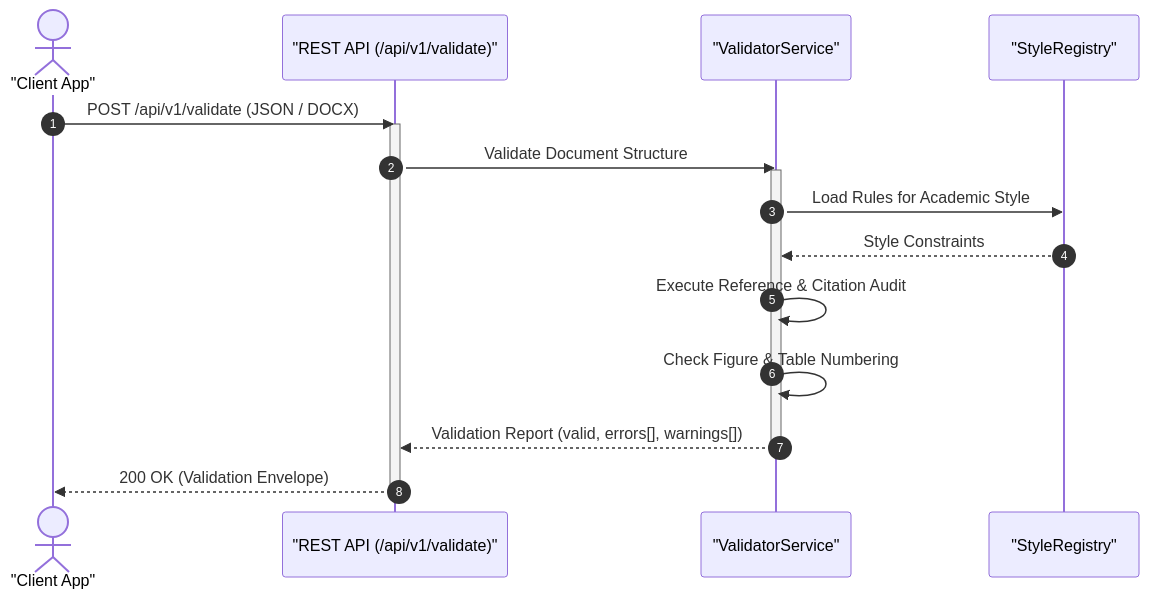
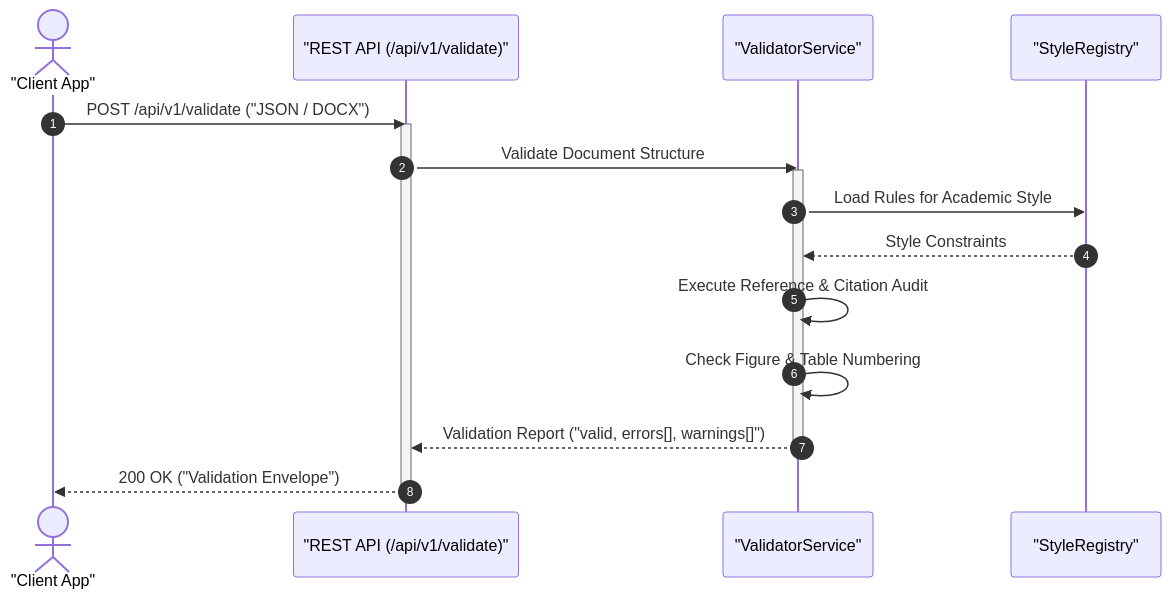
Before and after one commit to rohitkumarnaidu/ScholarFormAI: the second of 4 diagrams in docs/docs/architecture/data-flow.md, drawn with Mermaid. The commit also changed other lines of this file and 611 other files, not shown here.

Commit message:
Fix final pipeline regression tests and Pydantic validation errors

````diff
--- a/docs/docs/architecture/data-flow.md
+++ b/docs/docs/architecture/data-flow.md
@@ -54,21 +54,21 @@
 ```mermaid
 sequenceDiagram
     autonumber
     actor User as "Client App"
     participant API as "REST API (/api/v1/validate)"
     participant Val as "ValidatorService"
     participant Registry as "StyleRegistry"
 
-    User->>API: POST /api/v1/validate (JSON / DOCX)
+    User->>API: POST /api/v1/validate ("JSON / DOCX")
     activate API
     API->>Val: Validate Document Structure
     activate Val
     Val->>Registry: Load Rules for Academic Style
     Registry-->>Val: Style Constraints
     Val->>Val: Execute Reference & Citation Audit
     Val->>Val: Check Figure & Table Numbering
-    Val-->>API: Validation Report (valid, errors[], warnings[])
+    Val-->>API: Validation Report ("valid, errors[], warnings[]")
     deactivate Val
-    API-->>User: 200 OK (Validation Envelope)
+    API-->>User: 200 OK ("Validation Envelope")
     deactivate API
 ```
````
